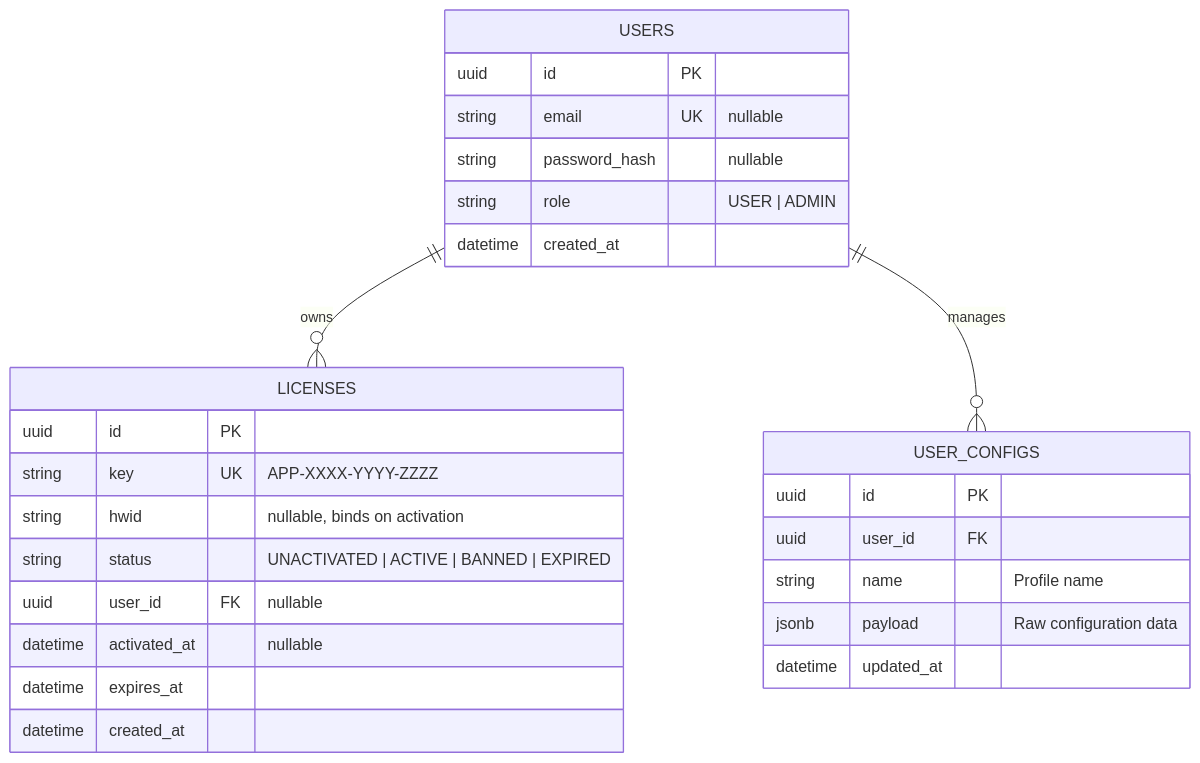
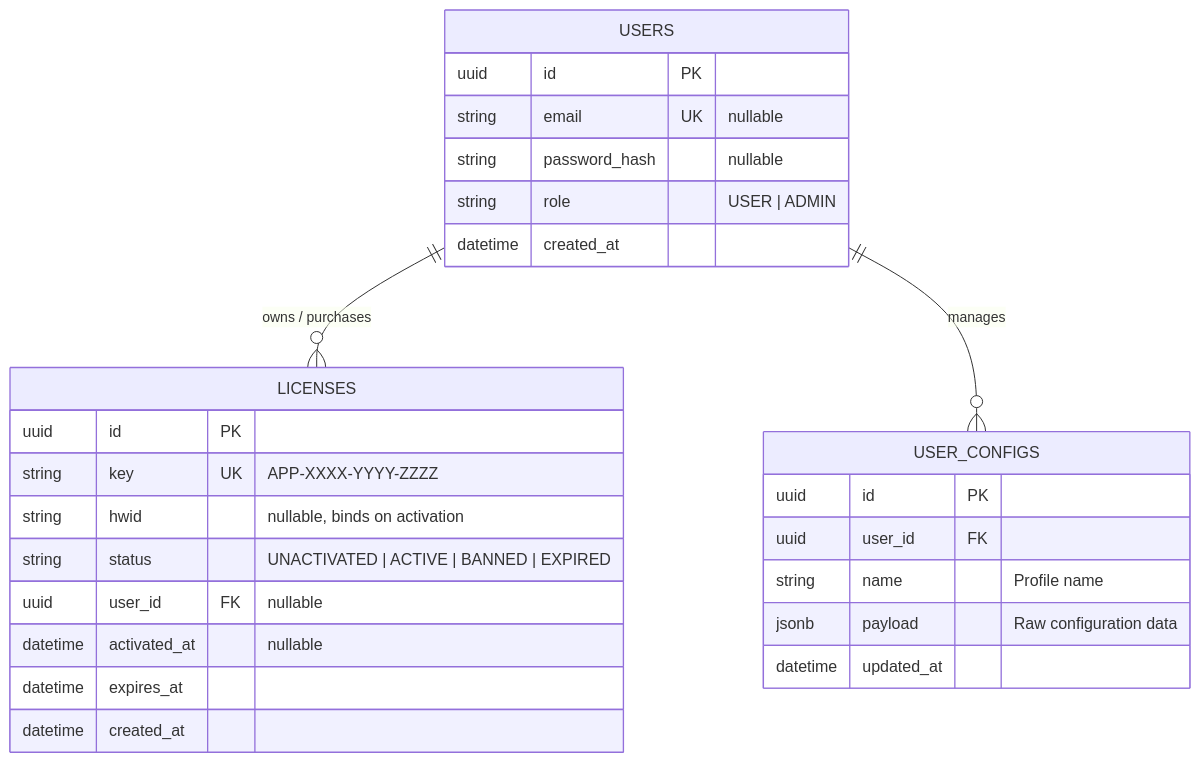
One commit to g-osypenko/nodejs-nzeta changed the diagram in spec.md. Above: the diagram before and after it, drawn with Mermaid. The commit also changed other lines of this file and 6 other files, not shown here.

Commit message:
docs(spec): add license sales and checkout flows to specification and architecture

````diff
--- a/spec.md
+++ b/spec.md
@@ -20,32 +20,32 @@
 ```mermaid
 erDiagram
-    USERS ||--o{ LICENSES : "owns"
+    USERS ||--o{ LICENSES : "owns / purchases"
     USERS ||--o{ USER_CONFIGS : "manages"
 
     USERS {
         uuid id PK
         string email UK "nullable"
         string password_hash "nullable"
         string role "USER | ADMIN"
         datetime created_at
     }
 
     LICENSES {
         uuid id PK
         string key UK "APP-XXXX-YYYY-ZZZZ"
         string hwid "nullable, binds on activation"
         string status "UNACTIVATED | ACTIVE | BANNED | EXPIRED"
         uuid user_id FK "nullable"
         datetime activated_at "nullable"
         datetime expires_at
         datetime created_at
     }
 
     USER_CONFIGS {
         uuid id PK
         uuid user_id FK
         string name "Profile name"
         jsonb payload "Raw configuration data"
         datetime updated_at
     }
 ```
````
